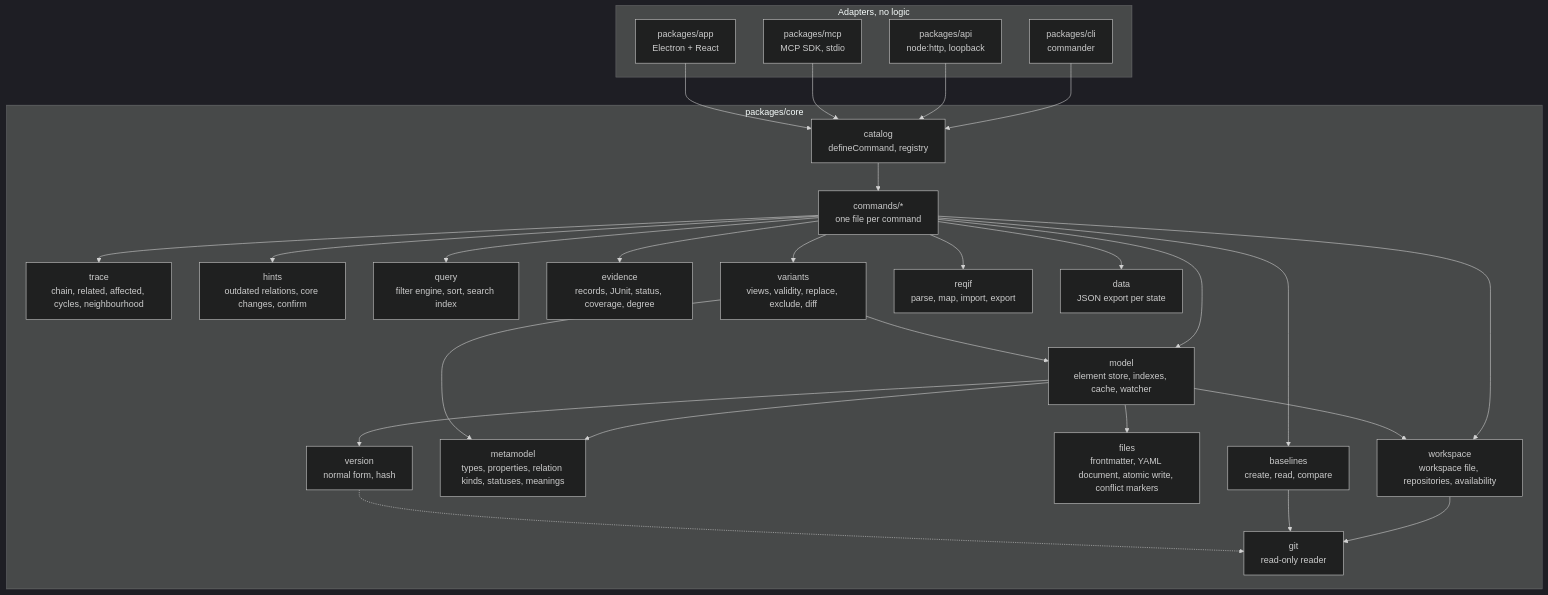
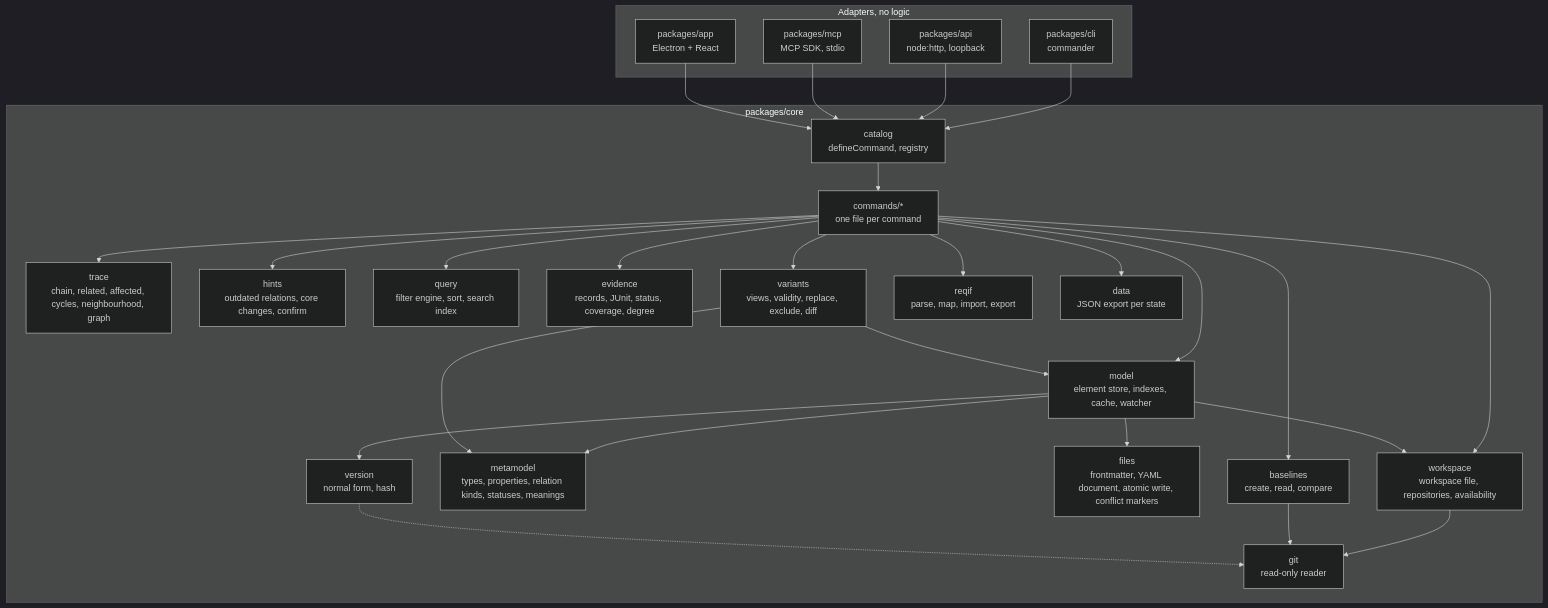
One commit to ThomasBirkmaier/ReqSeq changed the second of 4 diagrams in docs/architecture/README.md. Above: the diagram before and after it, drawn with Mermaid (dark theme). The commit also changed 38 other files, not shown here.

First line of the commit message:
SR-111: trace.graph command (graph of the current element, core) (logreq#482)

````diff
--- a/docs/architecture/README.md
+++ b/docs/architecture/README.md
@@ -80,35 +80,35 @@
 ```mermaid
 flowchart TB
   subgraph adapters[Adapters, no logic]
     cli[packages/cli<br/>commander]
     api[packages/api<br/>node:http, loopback]
     mcp[packages/mcp<br/>MCP SDK, stdio]
     app[packages/app<br/>Electron + React]
   end
   subgraph core[packages/core]
     catalog[catalog<br/>defineCommand, registry]
     commands[commands/*<br/>one file per command]
     ws[workspace<br/>workspace file, repositories, availability]
     mm[metamodel<br/>types, properties, relation kinds, statuses, meanings]
     files[files<br/>frontmatter, YAML document, atomic write, conflict markers]
     model[model<br/>element store, indexes, cache, watcher]
     version[version<br/>normal form, hash]
-    trace[trace<br/>chain, related, affected, cycles, neighbourhood]
+    trace[trace<br/>chain, related, affected, cycles, neighbourhood, graph]
     hints[hints<br/>outdated relations, core changes, confirm]
     query[query<br/>filter engine, sort, search index]
     evidence[evidence<br/>records, JUnit, status, coverage, degree]
     variants[variants<br/>views, validity, replace, exclude, diff]
     baselines[baselines<br/>create, read, compare]
     reqif[reqif<br/>parse, map, import, export]
     data[data<br/>JSON export per state]
     git[git<br/>read-only reader]
   end
   cli & api & mcp & app --> catalog
   catalog --> commands
   commands --> ws & model & trace & hints & query & evidence & variants & baselines & reqif & data
   model --> files & version & mm & ws
   variants --> model & mm
   ws --> git
   baselines --> git
   version -.-> git
 ```
````
